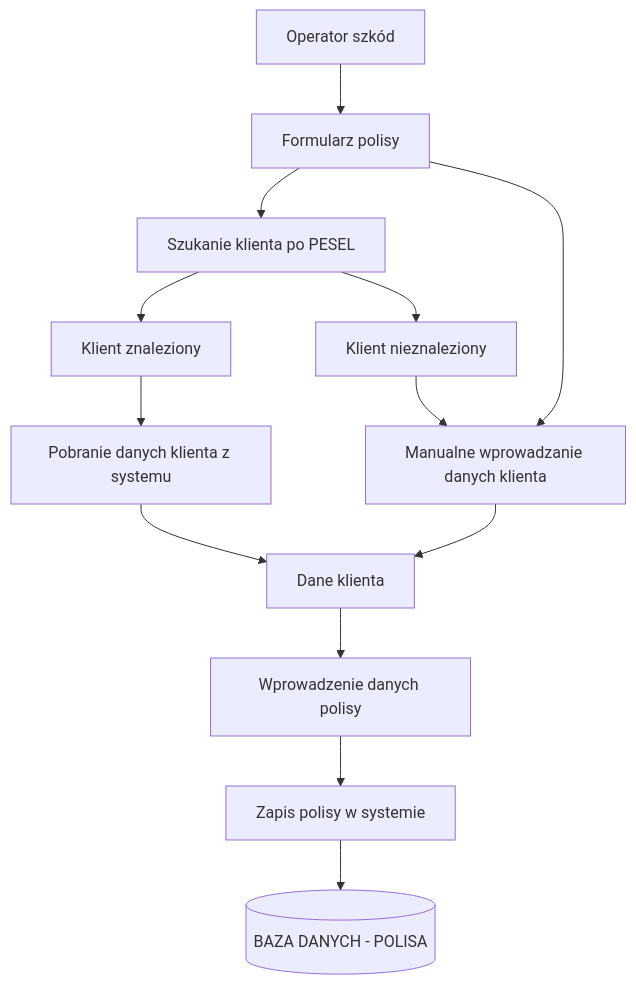
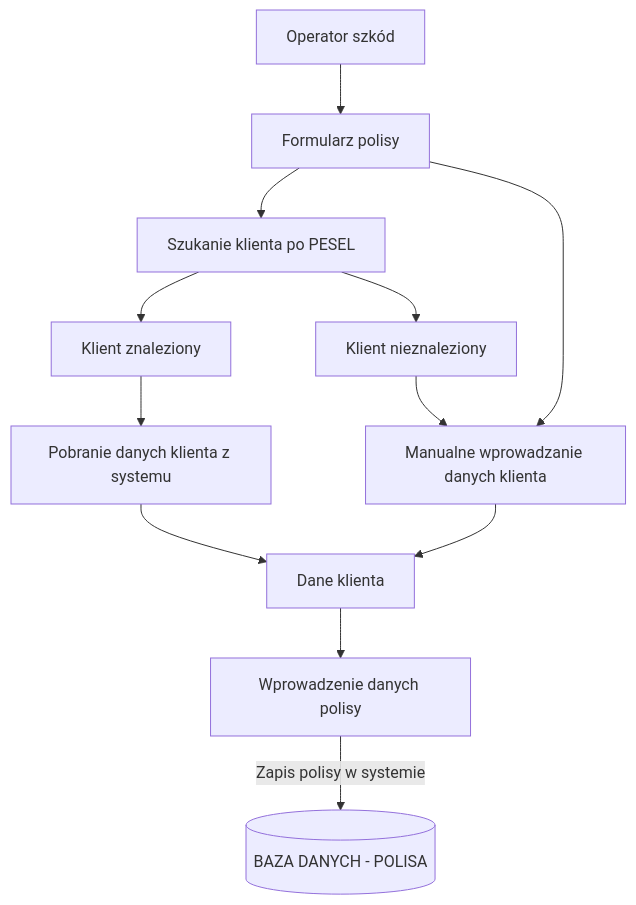
The second of 5 diagrams in README.md (ArkadiuszBorkowski/Insurance-Management-System), drawn with Mermaid before and after one commit.

````diff
--- a/README.md
+++ b/README.md
@@ -35,15 +35,14 @@
 ```mermaid
 graph TD
     A[Operator szkód] --> B[Formularz polisy]
     B --> C[Szukanie klienta po PESEL]
     C --> D[Klient znaleziony]
     D --> E[Pobranie danych klienta z systemu]
     E --> M[Dane klienta]
     C --> F[Klient nieznaleziony]
     F --> L[Manualne wprowadzanie danych klienta]
     B --> L[Manualne wprowadzanie danych klienta]
     L --> M[Dane klienta]
     M --> N[Wprowadzenie danych polisy]
-    N --> O[Zapis polisy w systemie]
-    O --> id1[(BAZA DANYCH - POLISA)]
+    N -- Zapis polisy w systemie--> id1[(BAZA DANYCH - POLISA)]
 ```
````
